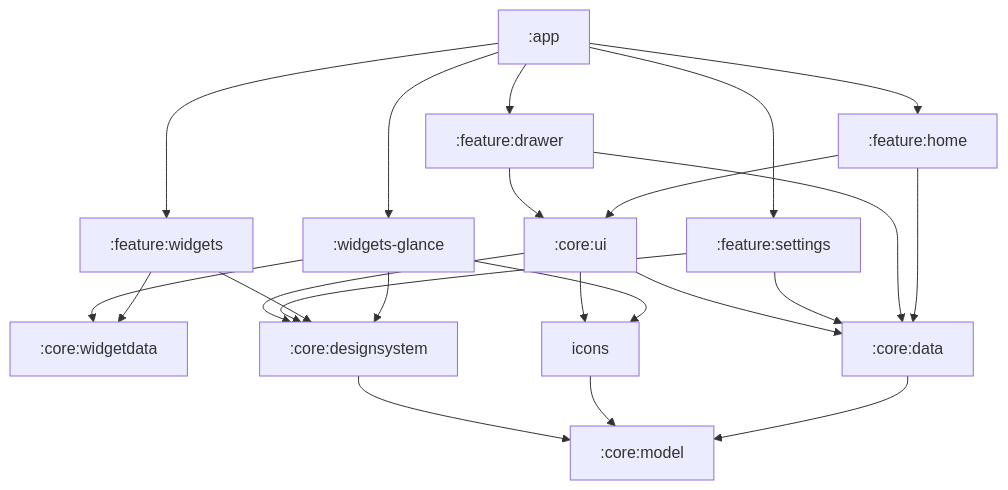
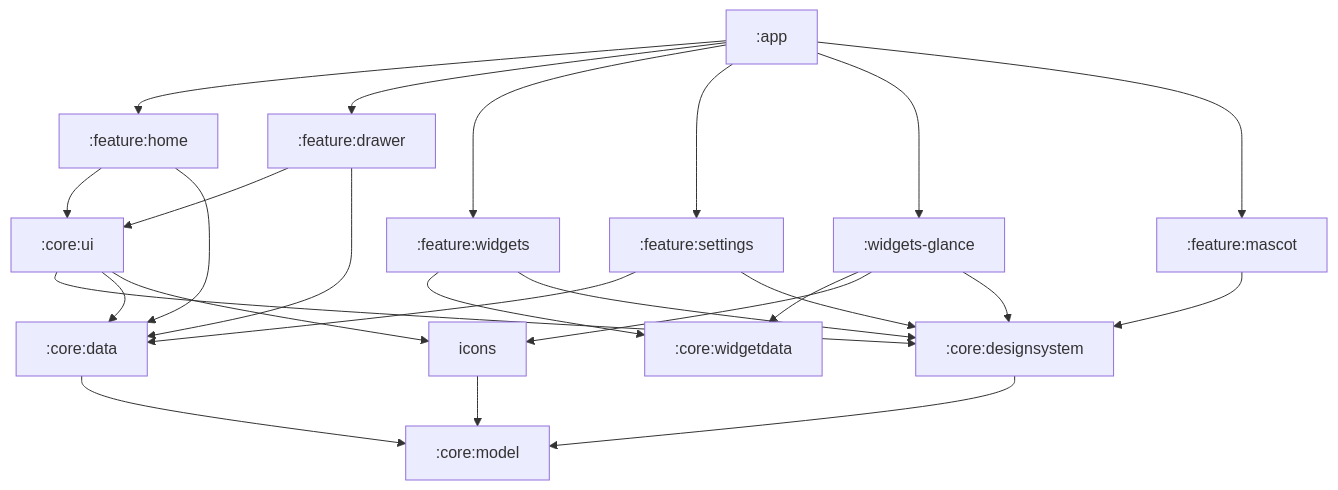
Before and after one commit to Platinum-Saber/Saber-Theme: the diagram in docs/architecture.md, drawn with Mermaid. The commit also changed other lines of this file and 5 other files, not shown here.

````diff
--- a/docs/architecture.md
+++ b/docs/architecture.md
@@ -18,25 +18,27 @@
 ```mermaid
 graph TD
   app[":app"] --> home[":feature:home"]
   app --> drawer[":feature:drawer"]
   app --> widgets[":feature:widgets"]
   app --> settings[":feature:settings"]
   widgets --> wdata[":core:widgetdata"]
   app --> glance[":widgets-glance"]
+  app --> mascot[":feature:mascot"]
+  mascot --> ds
   glance --> wdata
   glance --> icons
   glance --> ds
   home --> ui[":core:ui"]
   drawer --> ui
   home --> data[":core:data"]
   drawer --> data
   settings --> data
   widgets --> ds[":core:designsystem"]
   settings --> ds
   ui --> ds
   ui --> data
   ui --> icons
   data --> model[":core:model"]
   icons --> model
   ds --> model
 ```
````
